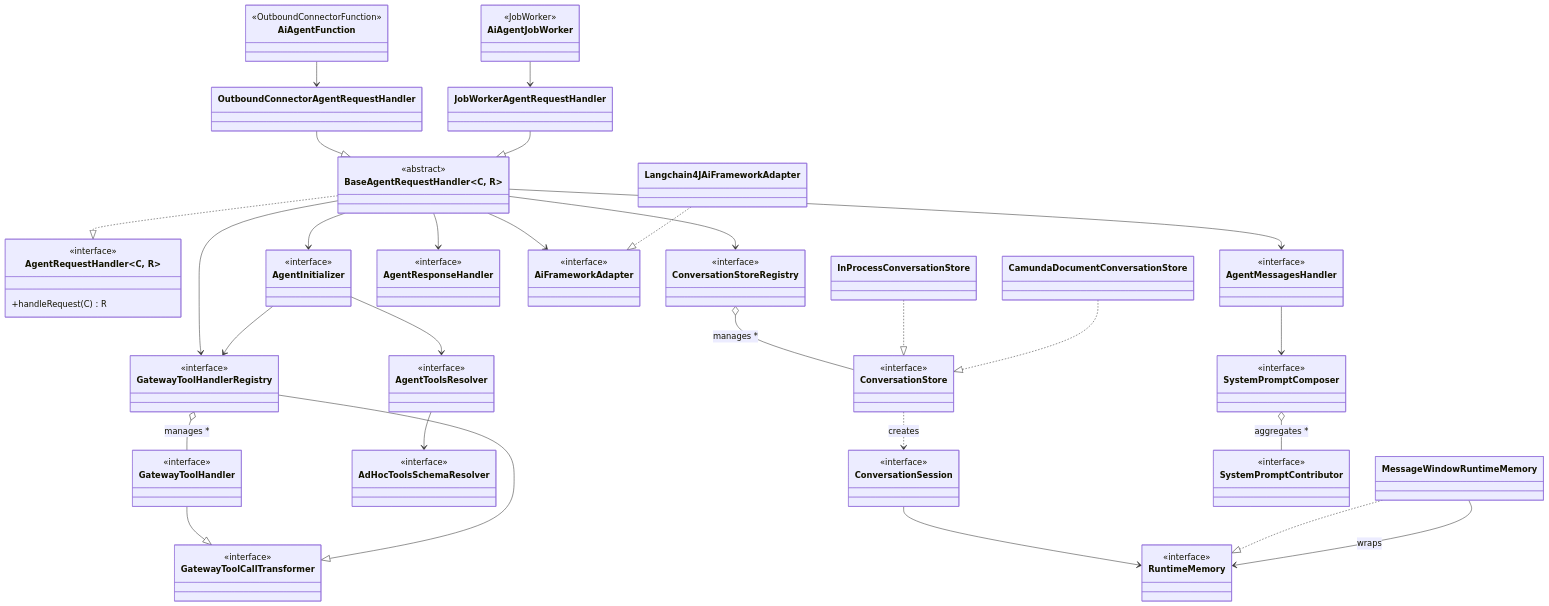
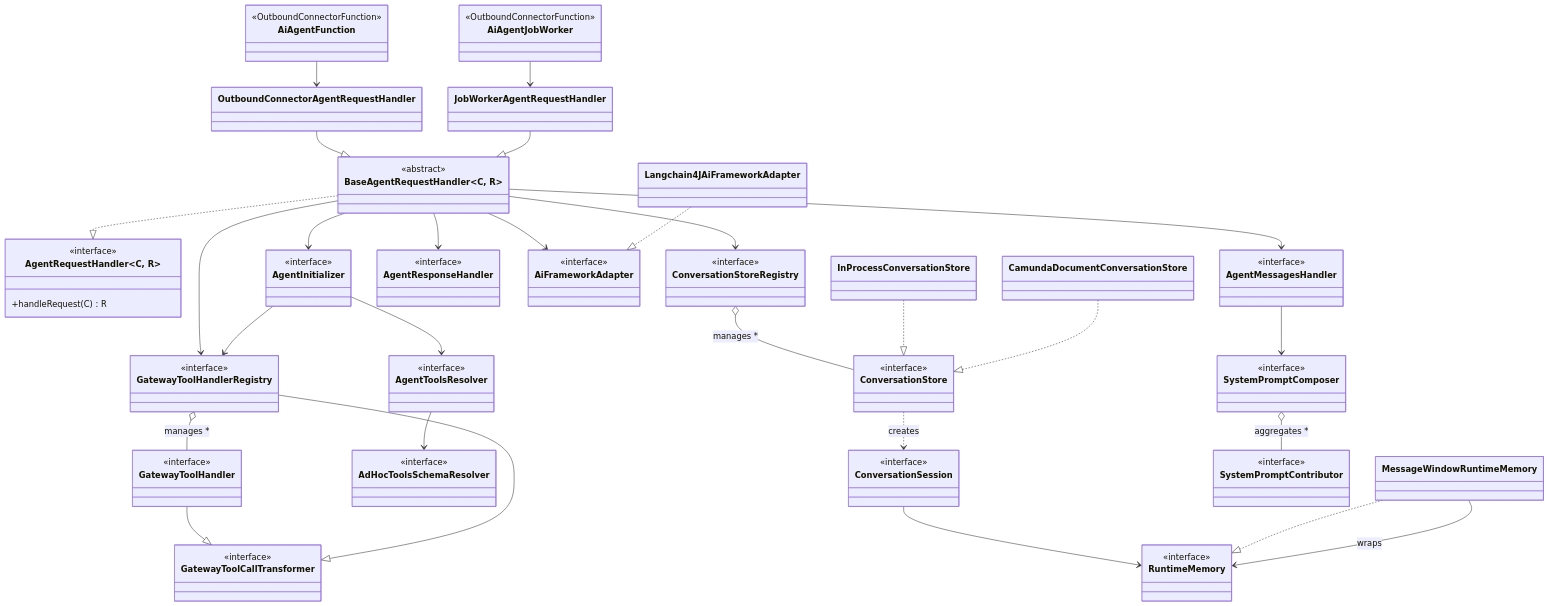
The diagram in connectors/agentic-ai/docs/reference/ai-agent.md (camunda/connectors), drawn with Mermaid before and after one commit. The commit also changed other lines of this file and 28 other files, not shown here.

First line of the commit message:
refactor: consolidate AI Agent job worker into Connectors SDK OutboundConnectorFunction

```diff
--- a/connectors/agentic-ai/docs/reference/ai-agent.md
+++ b/connectors/agentic-ai/docs/reference/ai-agent.md
@@ -1021,7 +1023,7 @@
         <<OutboundConnectorFunction>>
     }
     class AiAgentJobWorker {
-        <<JobWorker>>
+        <<OutboundConnectorFunction>>
     }
 
     %% --- Request handling ---
```
